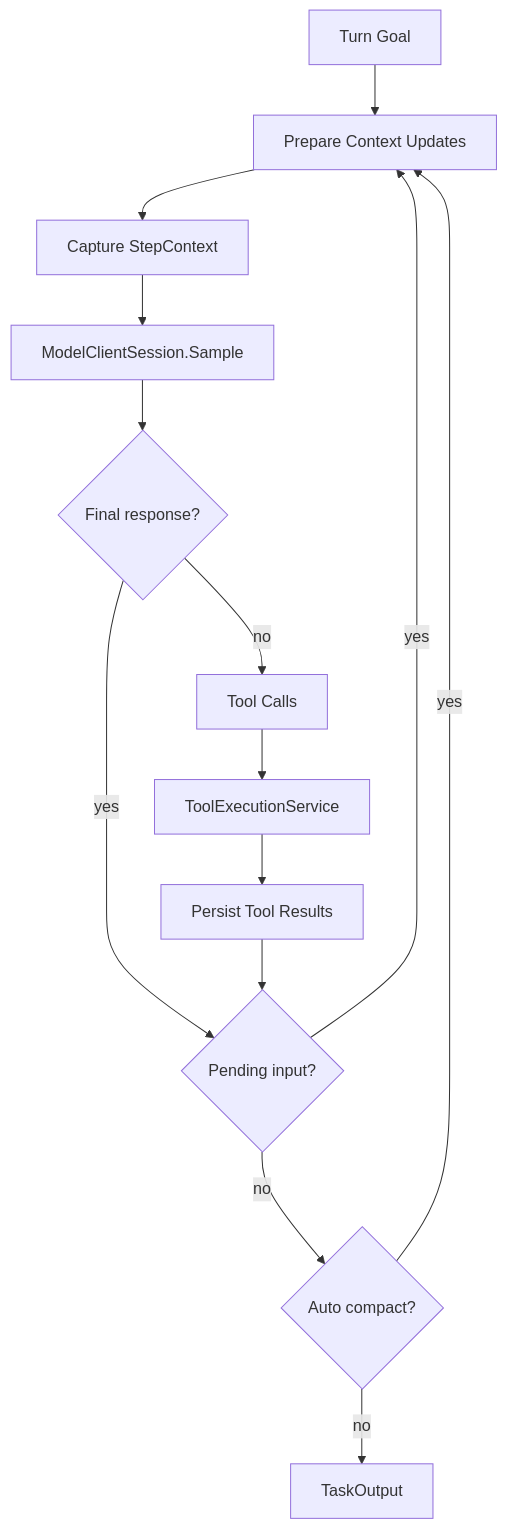
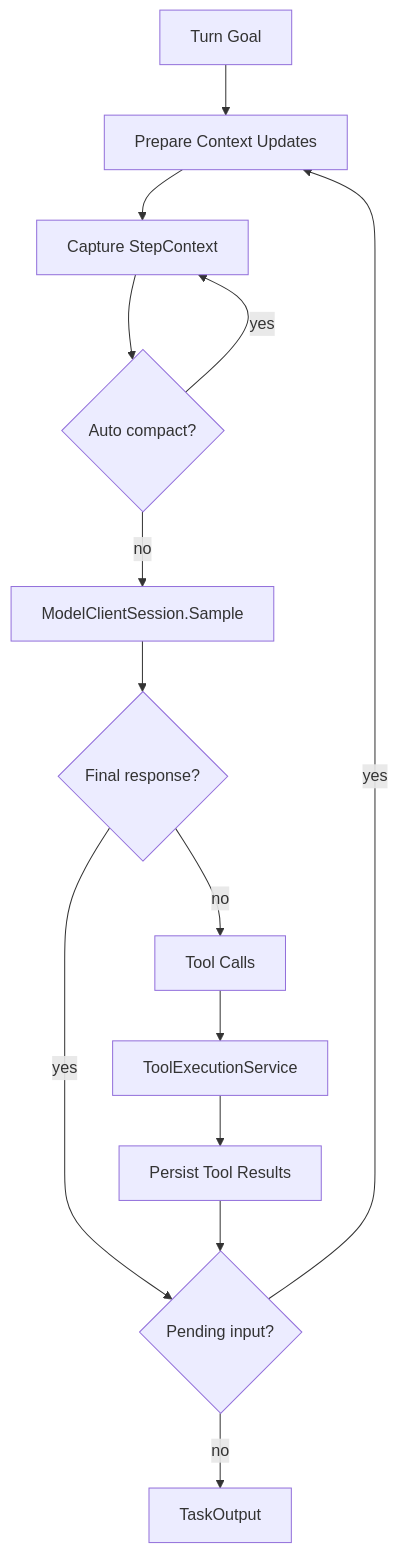
One commit to Godric-W/Amadeus changed the tenth of 25 diagrams in docs/architecture-whitepaper.md. Above: the diagram before and after it, drawn with Mermaid. The commit also changed other lines of this file and 85 other files, not shown here.

````diff
--- a/docs/architecture-whitepaper.md
+++ b/docs/architecture-whitepaper.md
@@ -576,28 +576,28 @@
 ```mermaid
 flowchart TD
     Start[Turn Goal]
     Prepare[Prepare Context Updates]
     Capture[Capture StepContext]
     Sample[ModelClientSession.Sample]
     Final{Final response?}
     Calls[Tool Calls]
     Execute[ToolExecutionService]
     Persist[Persist Tool Results]
     Pending{Pending input?}
     Compact{Auto compact?}
     Done[TaskOutput]
 
     Start --> Prepare
     Prepare --> Capture
-    Capture --> Sample
+    Capture --> Compact
+    Compact -- yes --> Capture
+    Compact -- no --> Sample
     Sample --> Final
     Final -- yes --> Pending
     Final -- no --> Calls
     Calls --> Execute
     Execute --> Persist
     Persist --> Pending
     Pending -- yes --> Prepare
-    Pending -- no --> Compact
-    Compact -- yes --> Prepare
-    Compact -- no --> Done
+    Pending -- no --> Done
 ```
````
